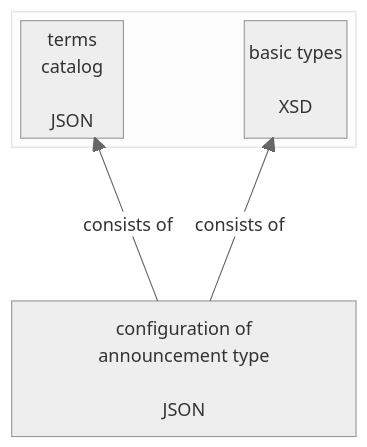
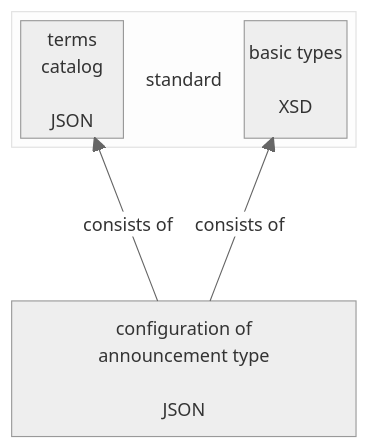
Before and after one commit to officialgazette/announcement-model: the diagram in README.md, drawn with Mermaid.

````diff
--- a/README.md
+++ b/README.md
@@ -3,38 +3,38 @@
 ```mermaid
 
 %%{
   init: {
     'theme': 'neutral'
   }
 }%%
 
 block-beta
 columns 3
 
-block:scope[" "]
+block:scope["standard"]
 
 terms["terms
 catalog
 
 JSON"]:1
 space
 standard["basic types
 
 XSD"]
 
 end
 space:5
 
 config["configuration of
 announcement type
 
 JSON"]:1
 
 config --"consists of"--> standard
 config --"consists of"--> terms
 
 
 
 
 
 ```
````
